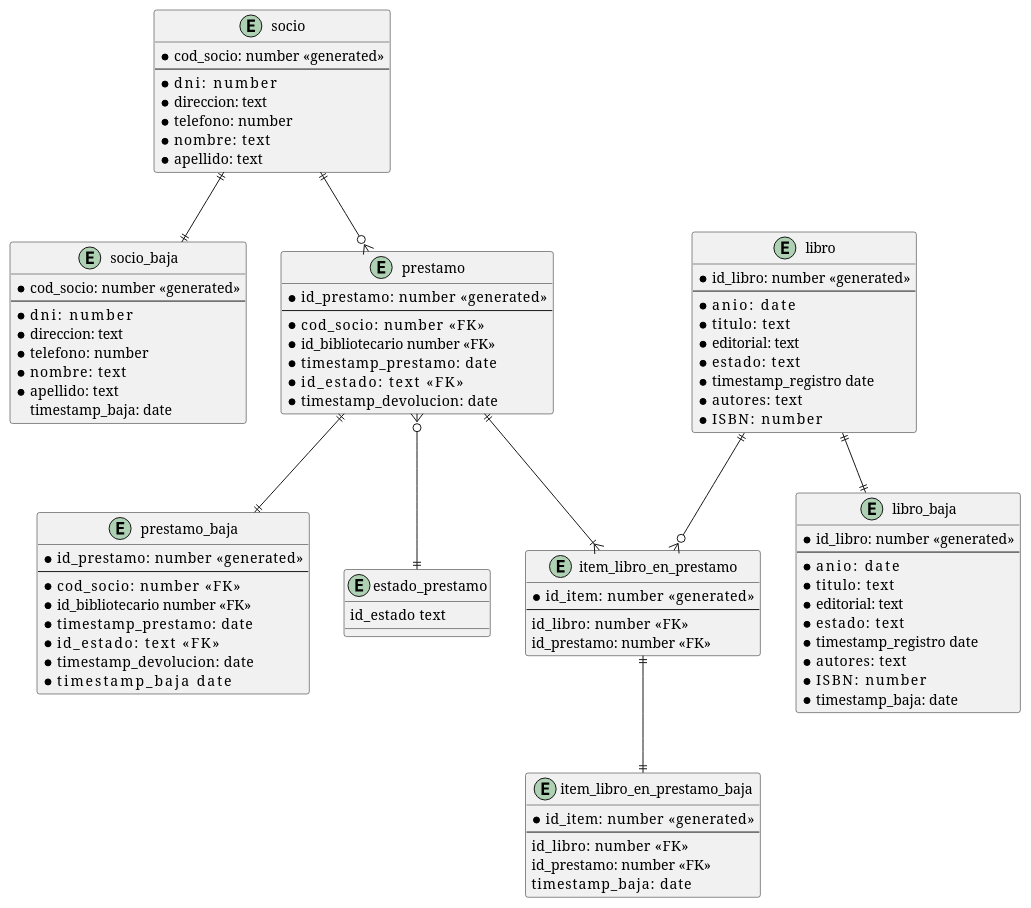
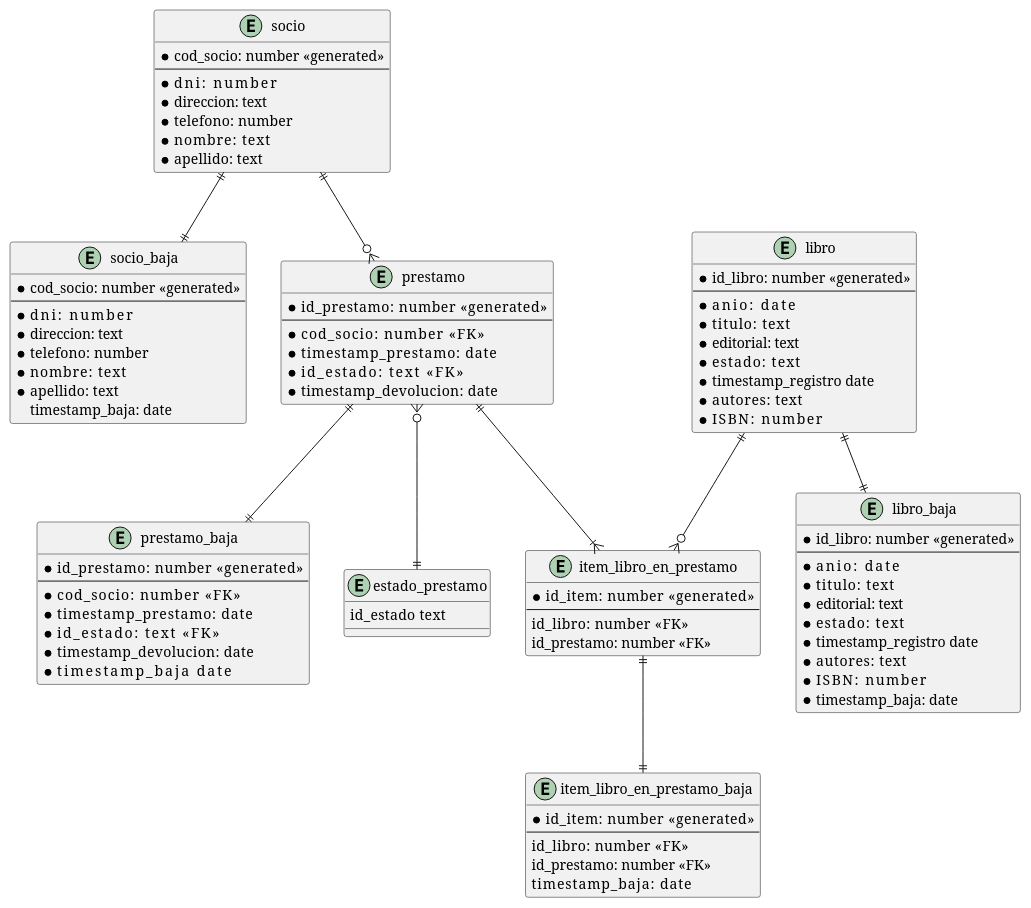
Before and after one commit to DiegoGit35/BaseDeDatos: the diagram in 1-Biblioteca/biblioteca.pu, drawn with PlantUML. The commit also changed 4 other files, not shown here.

```diff
--- a/1-Biblioteca/biblioteca.pu
+++ b/1-Biblioteca/biblioteca.pu
@@ -1,97 +1,95 @@
 @startuml
   entity socio{
     *cod_socio: number «generated»
     --
     *dni:       number
     *direccion: text
     *telefono:  number
     *nombre:    text
     *apellido:  text
   }
 
   entity socio_baja{
     *cod_socio: number «generated»
     --
     *dni:       number
     *direccion: text
     *telefono:  number
     *nombre:    text
     *apellido:  text
     timestamp_baja: date
   }
 
   entity libro{
     *id_libro:  number «generated»
     --
     *anio:      date
     *titulo:    text
     *editorial: text
     *estado:    text
     *timestamp_registro date
     *autores:   text
     *ISBN:      number
   }
 
   entity libro_baja{
     *id_libro:  number «generated»
     --
     *anio:      date
     *titulo:    text
     *editorial: text
     *estado:    text
     *timestamp_registro date
     *autores:   text
     *ISBN:      number
     *timestamp_baja: date
   }
 
   entity item_libro_en_prestamo {
     *id_item:    number  «generated»
     --
     id_libro:    number  «FK»
     id_prestamo: number  «FK»
   }
 
   entity item_libro_en_prestamo_baja {
     *id_item:    number  «generated»
     --
     id_libro:    number  «FK»
     id_prestamo: number  «FK»
     timestamp_baja:      date
   }
 
   entity prestamo{
     *id_prestamo:     number  «generated»
     --
     *cod_socio:       number  «FK»
-    *id_bibliotecario number  «FK»
     *timestamp_prestamo:      date
     *id_estado: text          «FK»
     *timestamp_devolucion:    date
   }
 
   entity prestamo_baja{
     *id_prestamo:     number  «generated»
     --
     *cod_socio:       number  «FK»
-    *id_bibliotecario number  «FK»
     *timestamp_prestamo:      date
     *id_estado: text          «FK»
     *timestamp_devolucion:    date
     *timestamp_baja           date
   }
 
   entity estado_prestamo{
     id_estado  text
   }
 
 libro     ||--o{    item_libro_en_prestamo
 prestamo  ||--|{    item_libro_en_prestamo
 socio     ||--o{    prestamo
 prestamo  }o--||    estado_prestamo
 
 libro     ||--||    libro_baja
 prestamo  ||--||    prestamo_baja
 socio     ||--||    socio_baja
 item_libro_en_prestamo  ||--||    item_libro_en_prestamo_baja
 @enduml
```
